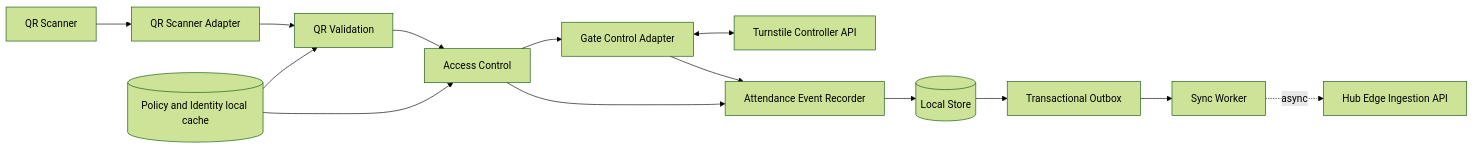
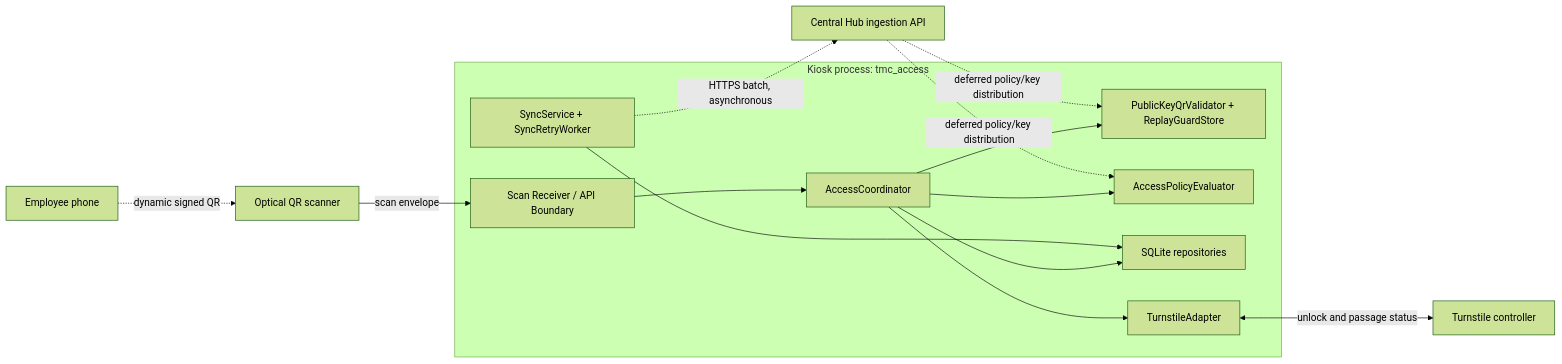
Before and after one commit to theDoub/SA-tmc-attendance-access-control: the first of 2 diagrams in docs/architecture/component-connector-view.md, drawn with Mermaid (forest theme). The commit also changed other lines of this file and 4 other files, not shown here.

Commit message:
docs: align PR #1 architecture views with integrated A2 implementation

````diff
--- a/docs/architecture/component-connector-view.md
+++ b/docs/architecture/component-connector-view.md
@@ -11,16 +27,17 @@
 ```mermaid
 flowchart LR
-    Scanner[QR Scanner] --> SA[QR Scanner Adapter]
-    SA --> QV[QR Validation]
-    QV --> AC[Access Control]
-    AC --> GC[Gate Control Adapter]
-    GC <--> TS[Turnstile Controller API]
-    AC --> AR[Attendance Event Recorder]
-    GC --> AR
-    AR --> LS[(Local Store)]
-    LS --> OB[Transactional Outbox]
-    OB --> SW[Sync Worker]
-    SW -. async .-> HUB[Hub Edge Ingestion API]
-    CACHE[(Policy and Identity local cache)] --> QV
-    CACHE --> AC
+    Phone[Employee phone] -. dynamic signed QR .-> Scanner[Optical QR scanner]
+    Scanner -->|scan envelope| API[Scan Receiver / API Boundary]
+    subgraph Kiosk["Kiosk process: tmc_access"]
+        API --> COORD[AccessCoordinator]
+        COORD --> QR[PublicKeyQrValidator + ReplayGuardStore]
+        COORD --> POLICY[AccessPolicyEvaluator]
+        COORD --> DB[SQLite repositories]
+        COORD --> GATE[TurnstileAdapter]
+        SYNC[SyncService + SyncRetryWorker] --> DB
+    end
+    GATE <-->|unlock and passage status| CTRL[Turnstile controller]
+    SYNC -. HTTPS batch, asynchronous .-> HUB[Central Hub ingestion API]
+    HUB -. deferred policy/key distribution .-> QR
+    HUB -. deferred policy/key distribution .-> POLICY
 ```
````
